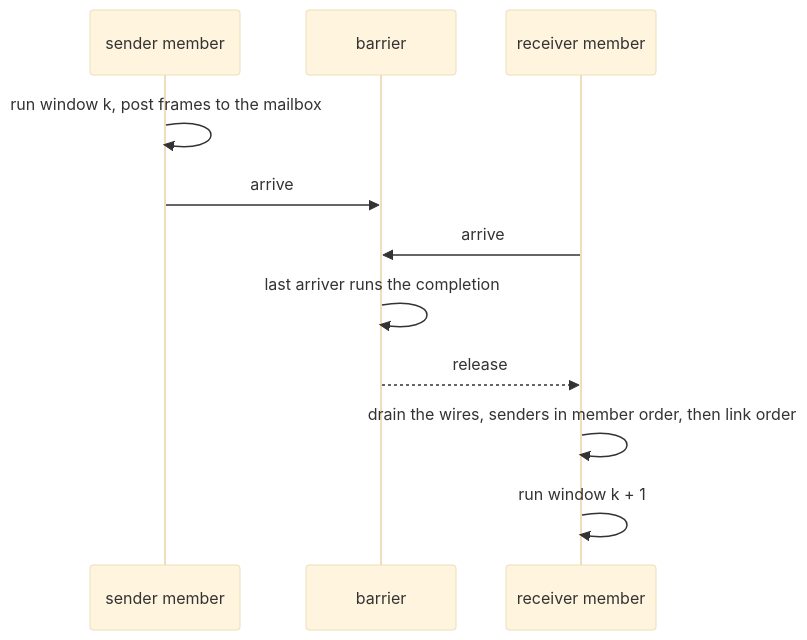
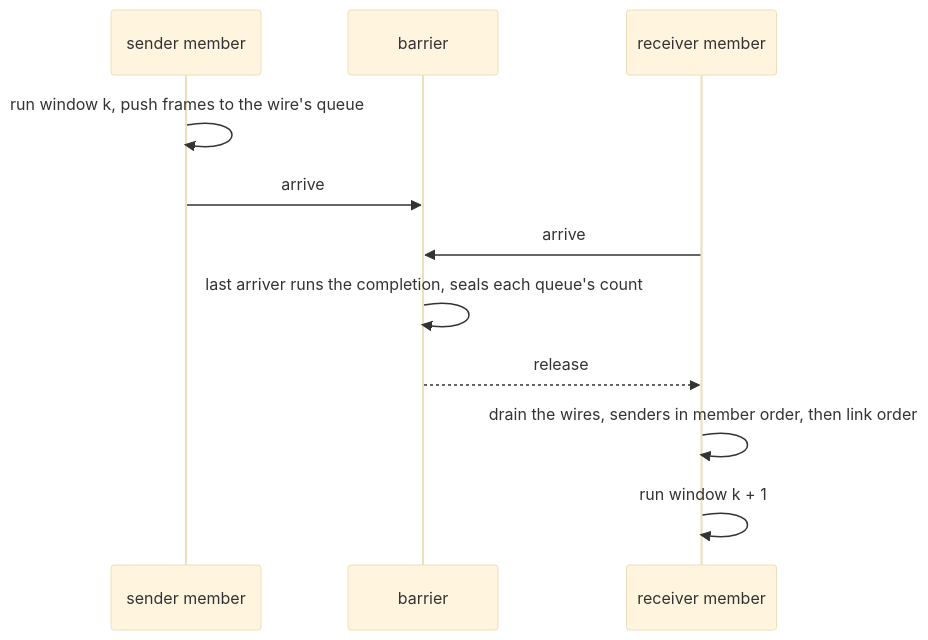
Before and after one commit to Garcia6l20/popcorn: the diagram in docs/dev/systems.md, drawn with Mermaid (base theme). The commit also changed other lines of this file and 14 other files, not shown here.

First line of the commit message:
Hand wire posts through an SPSC queue sealed at each barrier

````diff
--- a/docs/dev/systems.md
+++ b/docs/dev/systems.md
@@ -17,13 +17,13 @@
 ```mermaid
 sequenceDiagram
     participant S as sender member
     participant B as barrier
     participant R as receiver member
-    S->>S: run window k, post frames to the mailbox
+    S->>S: run window k, push frames to the wire's queue
     S->>B: arrive
     R->>B: arrive
-    B->>B: last arriver runs the completion
+    B->>B: last arriver runs the completion, seals each queue's count
     B-->>R: release
     R->>R: drain the wires, senders in member order, then link order
     R->>R: run window k + 1
 ```
````
